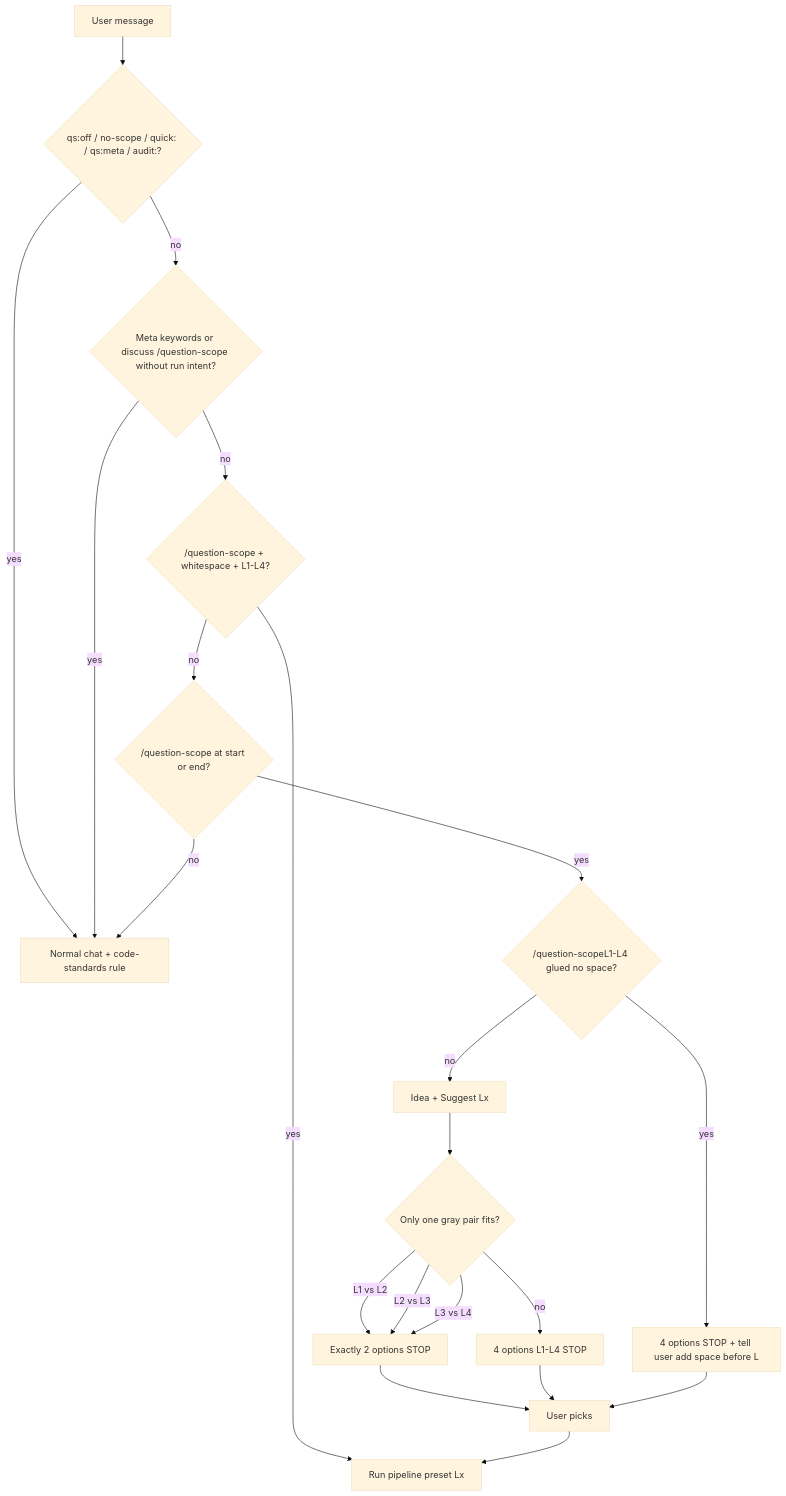
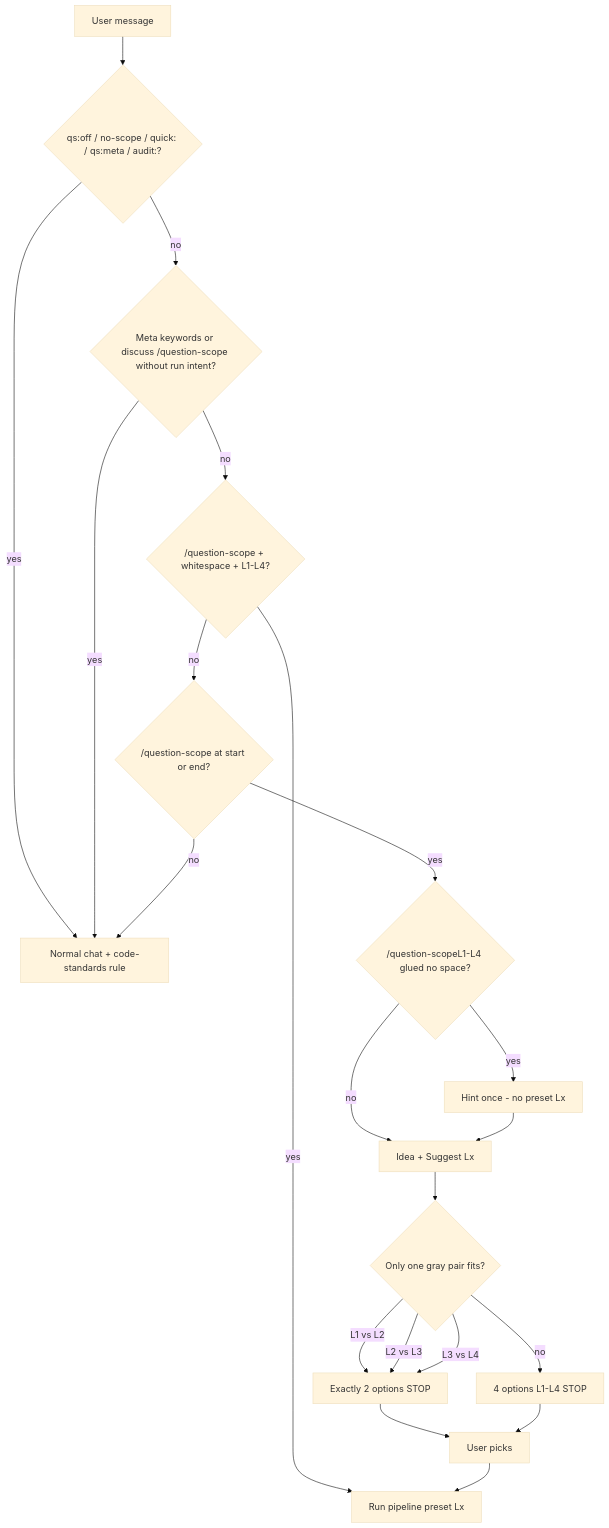
One commit to duongvanhaiwork-coder/workspace changed the diagram in skills/question-scope/references/level-picker.md. Above: the diagram before and after it, drawn with Mermaid (base theme). The commit also changed 73 other files, not shown here.

````diff
--- a/skills/question-scope/references/level-picker.md
+++ b/skills/question-scope/references/level-picker.md
@@ -7,23 +7,23 @@
 ```mermaid
 flowchart TD
   A[User message] --> B{qs:off / no-scope / quick: / qs:meta / audit:?}
   B -->|yes| Z[Normal chat + code-standards rule]
   B -->|no| C{Meta keywords or discuss /question-scope without run intent?}
   C -->|yes| Z
   C -->|no| D{/question-scope + whitespace + L1-L4?}
   D -->|yes| RUN[Run pipeline preset Lx]
   D -->|no| E{/question-scope at start or end?}
   E -->|no| Z
   E -->|yes| G{/question-scopeL1-L4 glued no space?}
-  G -->|yes| WARN[4 options STOP + tell user add space before L]
+  G -->|yes| HINT[Hint once - no preset Lx]
   G -->|no| F[Idea + Suggest Lx]
+  HINT --> F
   F --> H{Only one gray pair fits?}
   H -->|no| I[4 options L1-L4 STOP]
   H -->|L1 vs L2| T[Exactly 2 options STOP]
   H -->|L2 vs L3| T
   H -->|L3 vs L4| T
   T --> J[User picks]
   I --> J
   J --> RUN
-  WARN --> J
 ```
````
